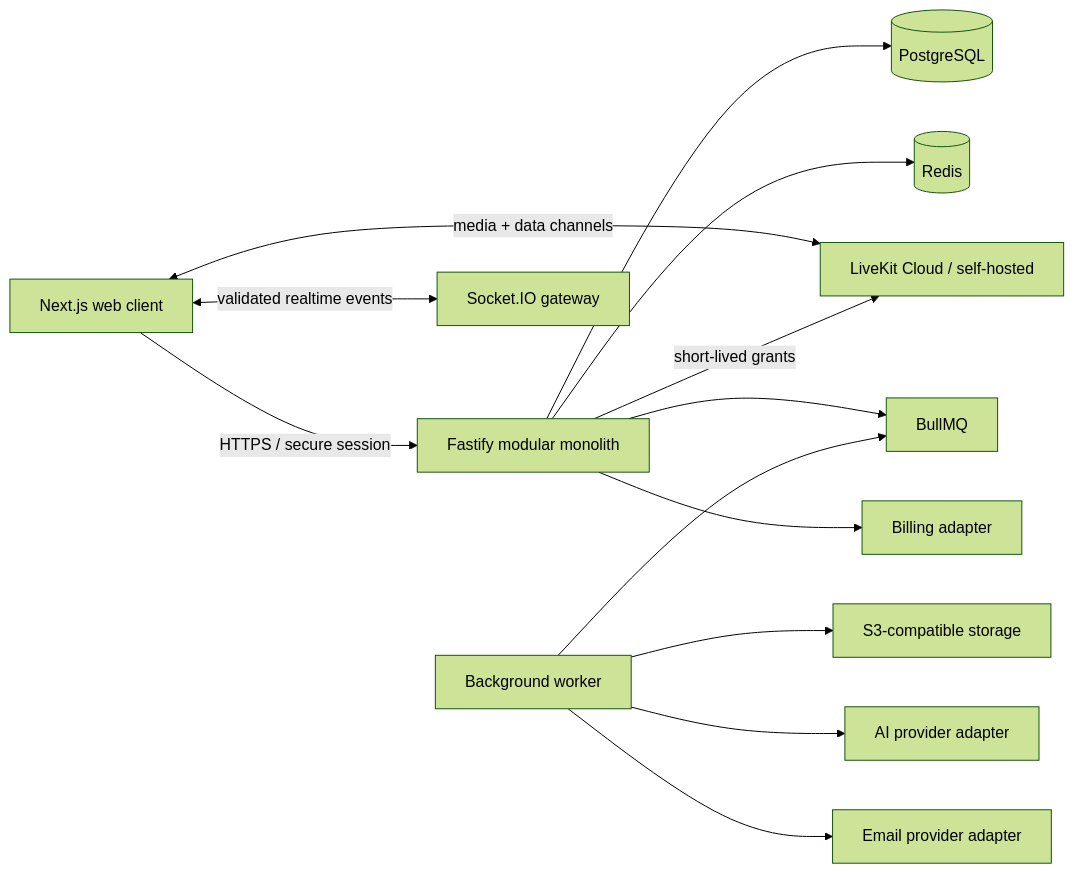
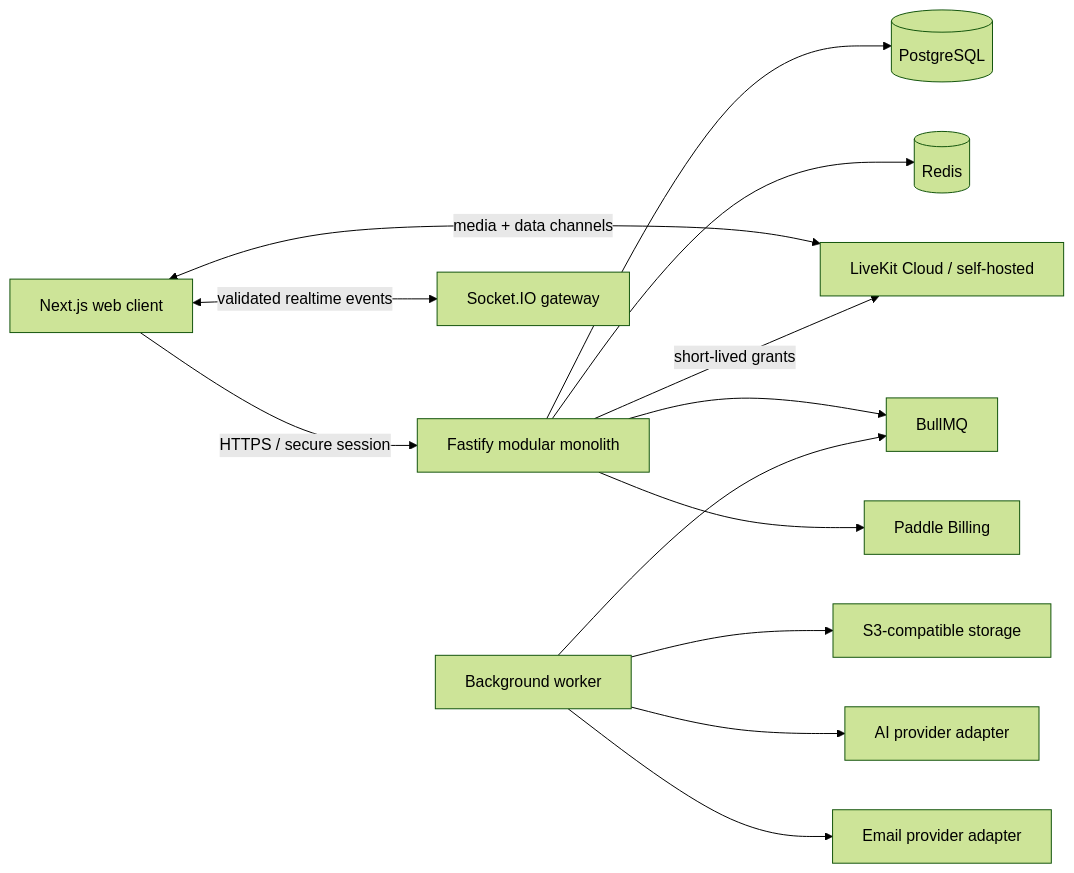
The diagram in docs/architecture.md (MaxDev595/Laminaria), drawn with Mermaid (forest theme) before and after one commit. The commit also changed other lines of this file and 23 other files, not shown here.

Commit message:
replace Stripe billing with Paddle

````diff
--- a/docs/architecture.md
+++ b/docs/architecture.md
@@ -5,15 +5,15 @@
 ```mermaid
 flowchart LR
   Browser["Next.js web client"] -->|HTTPS / secure session| API["Fastify modular monolith"]
   Browser <-->|validated realtime events| Socket["Socket.IO gateway"]
   Browser <-->|media + data channels| LiveKit["LiveKit Cloud / self-hosted"]
   API --> Postgres[(PostgreSQL)]
   API --> Redis[(Redis)]
   API -->|short-lived grants| LiveKit
   API --> Queue["BullMQ"]
   Worker["Background worker"] --> Queue
   Worker --> Storage["S3-compatible storage"]
   Worker --> AI["AI provider adapter"]
   Worker --> Mail["Email provider adapter"]
-  API --> Billing["Billing adapter"]
+  API --> Billing["Paddle Billing"]
 ```
````
